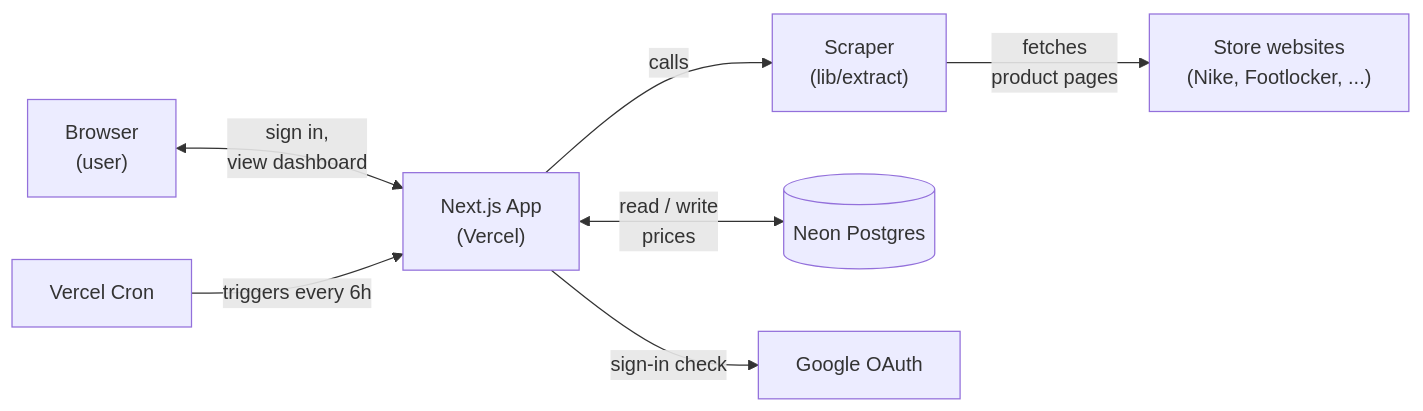
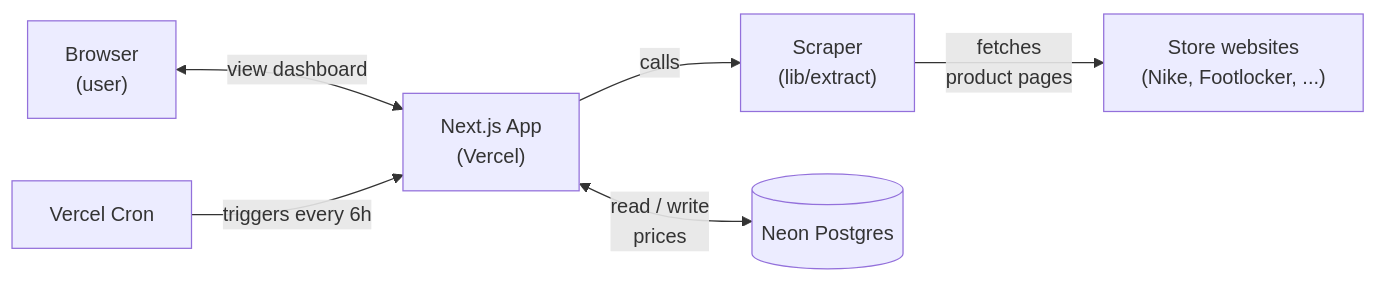
The first of 4 diagrams in README.md (liranmeir/price-watch), drawn with Mermaid before and after one commit. The commit also changed other lines of this file and 16 other files, not shown here.

````diff
--- a/README.md
+++ b/README.md
@@ -36,17 +54,15 @@
 ```mermaid
 flowchart LR
     User["Browser<br/>(user)"]
     App["Next.js App<br/>(Vercel)"]
     Scraper["Scraper<br/>(lib/extract)"]
     DB[("Neon Postgres")]
     Cron["Vercel Cron"]
     Stores["Store websites<br/>(Nike, Footlocker, ...)"]
-    Google["Google OAuth"]
 
-    User <-- "sign in,<br/>view dashboard" --> App
+    User <-- "view dashboard" --> App
     App <-- "read / write<br/>prices" --> DB
     Cron -- "triggers every 6h" --> App
     App -- "calls" --> Scraper
     Scraper -- "fetches<br/>product pages" --> Stores
-    App -- "sign-in check" --> Google
 ```
````
